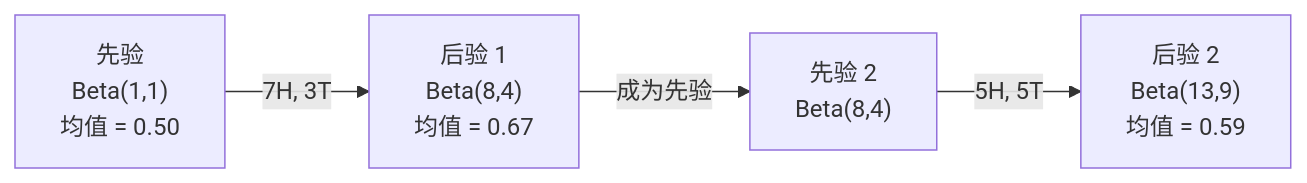
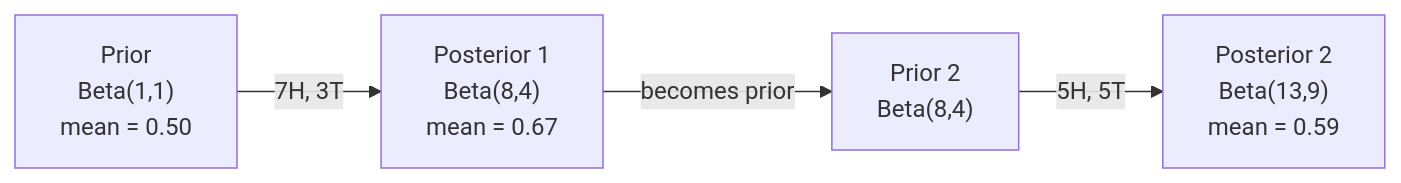
Before and after one commit to xiaojiaenen/ai-engineering-from-scratch-zh: the diagram in i18n/zh/phases/01-math-foundations/07-bayes-theorem/docs/zh.md, drawn with Mermaid. The commit also changed other lines of this file and 22 other files, not shown here.

````diff
--- a/i18n/zh/phases/01-math-foundations/07-bayes-theorem/docs/zh.md
+++ b/i18n/zh/phases/01-math-foundations/07-bayes-theorem/docs/zh.md
@@ -394,6 +394,6 @@
 ```mermaid
 graph LR
-    A["先验<br/>Beta(1,1)<br/>均值 = 0.50"] -->|"7H, 3T"| B["后验 1<br/>Beta(8,4)<br/>均值 = 0.67"]
-    B -->|"成为先验"| C["先验 2<br/>Beta(8,4)"]
-    C -->|"5H, 5T"| D["后验 2<br/>Beta(13,9)<br/>均值 = 0.59"]
+    A["Prior<br/>Beta(1,1)<br/>mean = 0.50"] -->|"7H, 3T"| B["Posterior 1<br/>Beta(8,4)<br/>mean = 0.67"]
+    B -->|"becomes prior"| C["Prior 2<br/>Beta(8,4)"]
+    C -->|"5H, 5T"| D["Posterior 2<br/>Beta(13,9)<br/>mean = 0.59"]
 ```
````
